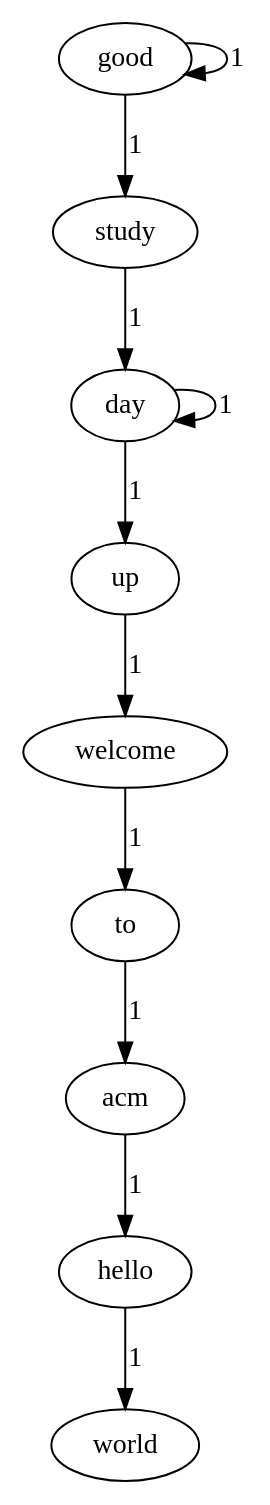
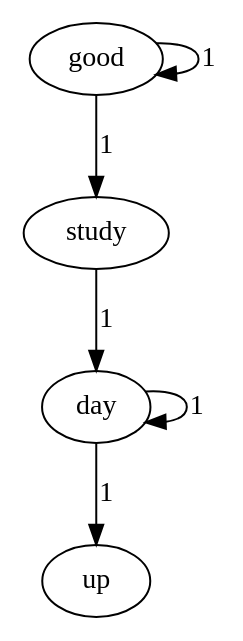
Before and after one commit to ITloveyang/Lab4: the diagram in tmp/graph.gv, drawn with Graphviz. The commit also changed 3 other files, not shown here.

```diff
--- a/tmp/graph.gv
+++ b/tmp/graph.gv
@@ -1,22 +1,12 @@
 digraph G{
 study[color=black];
-world[color=black];
-acm[color=black];
-hello[color=black];
 up[color=black];
-to[color=black];
 day[color=black];
 good[color=black];
-welcome[color=black];
 
 study->day[label=1, color=black];
-acm->hello[label=1, color=black];
-hello->world[label=1, color=black];
-up->welcome[label=1, color=black];
-to->acm[label=1, color=black];
 day->day[label=1, color=black];
 day->up[label=1, color=black];
 good->good[label=1, color=black];
 good->study[label=1, color=black];
-welcome->to[label=1, color=black];
 }
```
